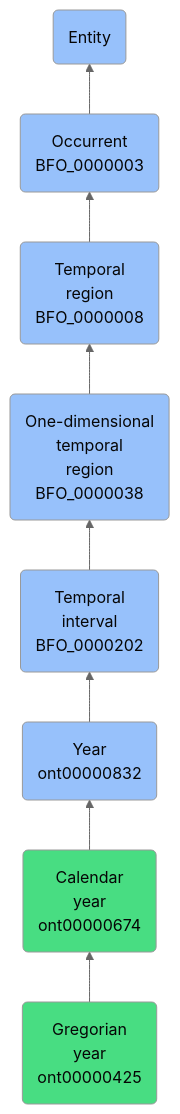
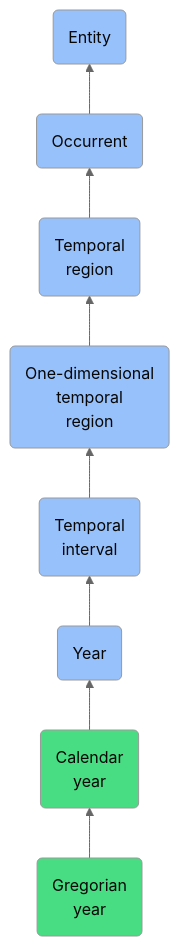
One commit to jupyter-naas/abi changed the diagram in docs/ontology/reference/model/Entity/Occurrent/Temporal region/One-dimensional temporal region/Temporal interval/Year/Calendar year/Gregorian year/Gregorian year.md. Above: the diagram before and after it, drawn with Mermaid (neutral theme). The commit also changed other lines of this file and 1430 other files, not shown here.

````diff
--- a/docs/ontology/reference/model/Entity/Occurrent/Temporal region/One-dimensional temporal region/Temporal interval/Year/Calendar year/Gregorian year/Gregorian year.md
+++ b/docs/ontology/reference/model/Entity/Occurrent/Temporal region/One-dimensional temporal region/Temporal interval/Year/Calendar year/Gregorian year/Gregorian year.md
@@ -24,15 +24,15 @@
 ```mermaid
 graph BT
-    ont00000425(Gregorian<br>year<br>ont00000425):::ABI-->ont00000674
-    ont00000674(Calendar<br>year<br>ont00000674):::ABI-->ont00000832
-    ont00000832(Year<br>ont00000832):::BFO-->BFO_0000202
-    BFO_0000202(Temporal<br>interval<br>BFO_0000202):::BFO-->BFO_0000038
-    BFO_0000038(One-dimensional<br>temporal<br>region<br>BFO_0000038):::BFO-->BFO_0000008
-    BFO_0000008(Temporal<br>region<br>BFO_0000008):::BFO-->BFO_0000003
-    BFO_0000003(Occurrent<br>BFO_0000003):::BFO-->BFO_0000001
+    ont00000425(Gregorian<br>year):::ABI-->ont00000674
+    ont00000674(Calendar<br>year):::ABI-->ont00000832
+    ont00000832(Year):::BFO-->BFO_0000202
+    BFO_0000202(Temporal<br>interval):::BFO-->BFO_0000038
+    BFO_0000038(One-dimensional<br>temporal<br>region):::BFO-->BFO_0000008
+    BFO_0000008(Temporal<br>region):::BFO-->BFO_0000003
+    BFO_0000003(Occurrent):::BFO-->BFO_0000001
     BFO_0000001(Entity):::BFO
     
     classDef BFO fill:#97c1fb,color:#060606
     classDef CCO fill:#e4c51e,color:#060606
     classDef ABI fill:#48DD82,color:#060606
 ```
````
